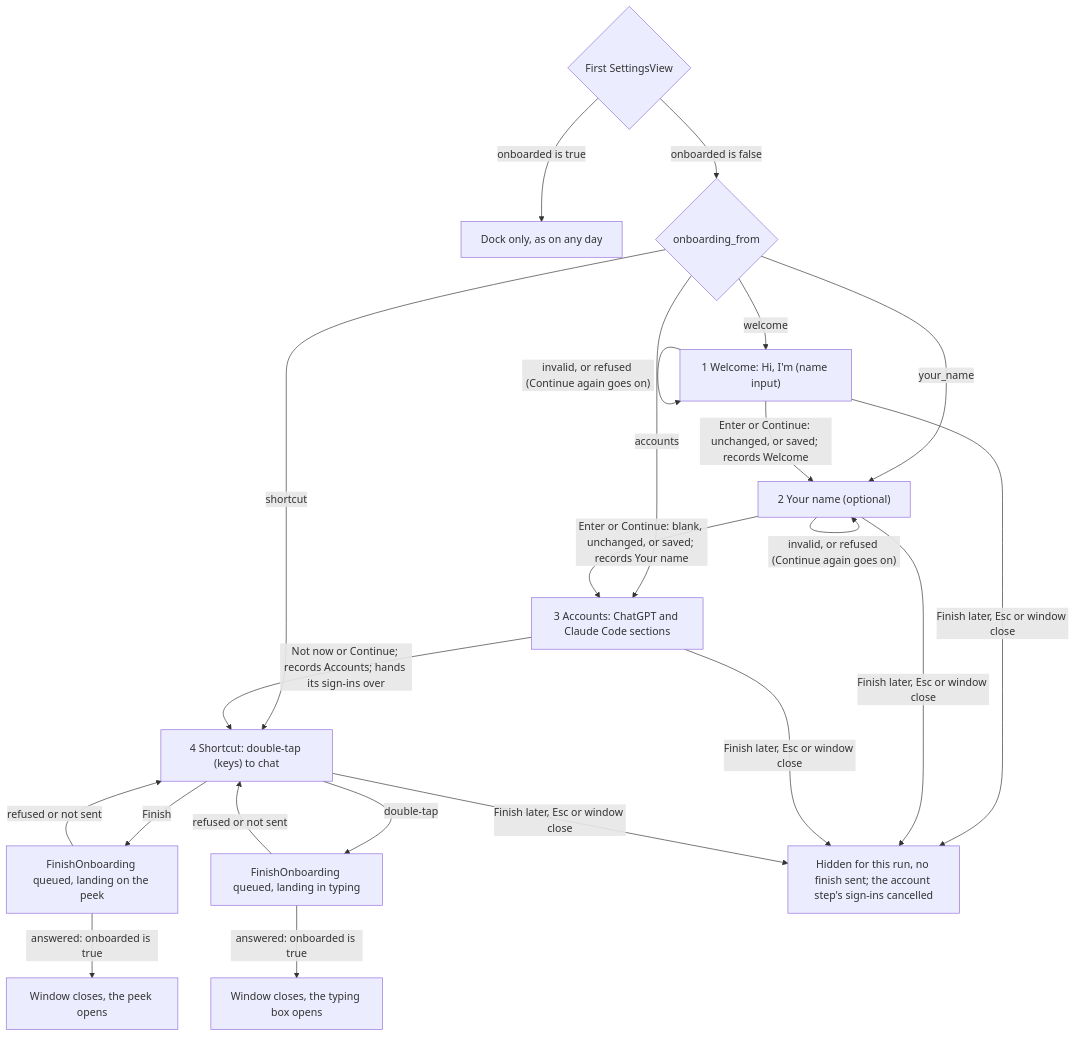
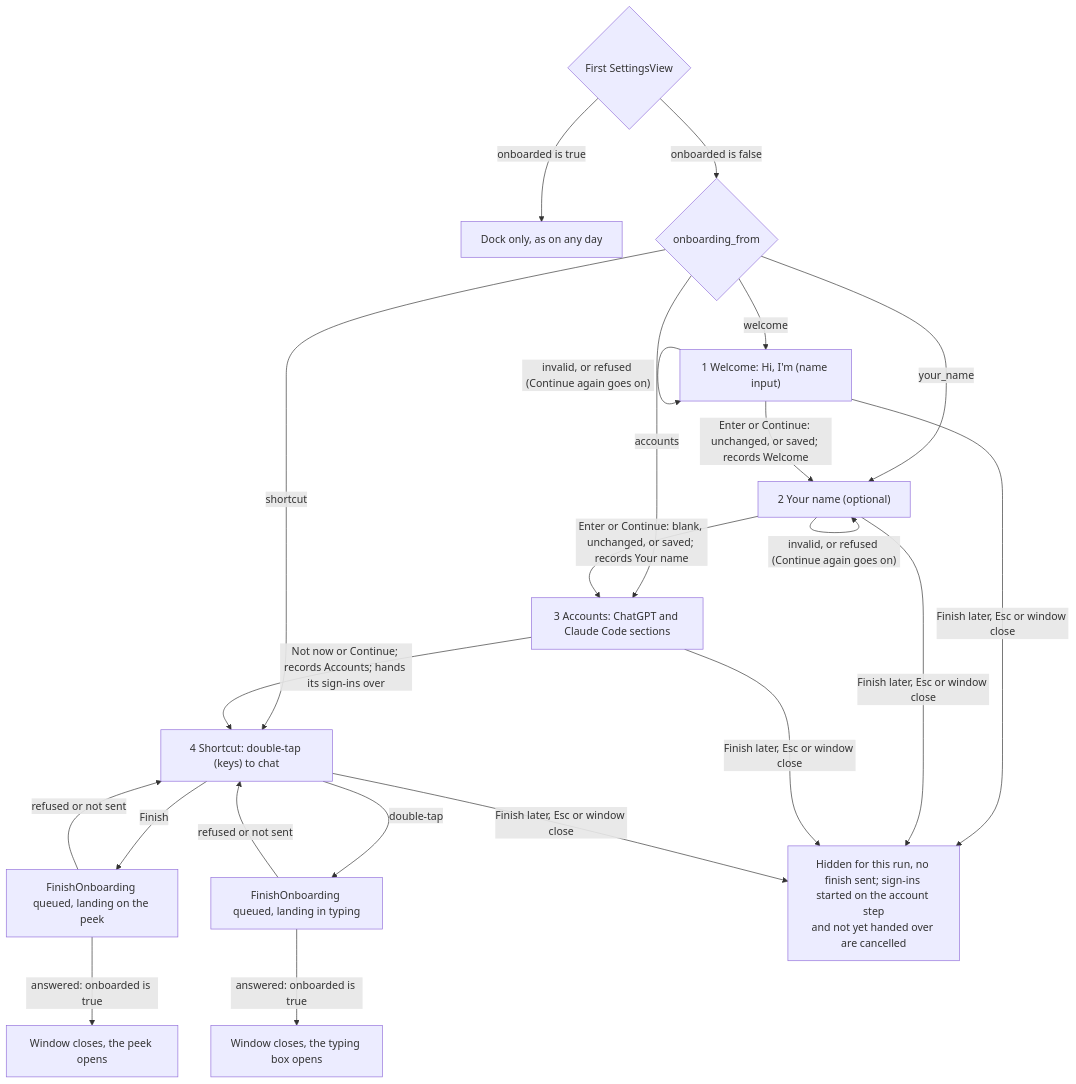
Before and after one commit to labcoder/capsula: the diagram in docs/development/onboarding.md, drawn with Mermaid. The commit also changed other lines of this file and 2 other files, not shown here.

Commit message:
docs(onboarding): fix the shortcut step's comments and flowchart

````diff
--- a/docs/development/onboarding.md
+++ b/docs/development/onboarding.md
@@ -34,20 +34,22 @@
 ```mermaid
 flowchart TD
     S{"First SettingsView"} -- "onboarded is true" --> D["Dock only, as on any day"]
     S -- "onboarded is false" --> R{"onboarding_from"}
     R -- "welcome" --> W["1 Welcome: Hi, I'm (name input)"]
     R -- "your_name" --> U["2 Your name (optional)"]
     R -- "accounts" --> A["3 Accounts: ChatGPT and Claude Code sections"]
     R -- "shortcut" --> K["4 Shortcut: double-tap (keys) to chat"]
     W -- "Enter or Continue: unchanged, or saved; records Welcome" --> U
     W -- "invalid, or refused (Continue again goes on)" --> W
     U -- "Enter or Continue: blank, unchanged, or saved; records Your name" --> A
     U -- "invalid, or refused (Continue again goes on)" --> U
     A -- "Not now or Continue; records Accounts; hands its sign-ins over" --> K
     K -- "Finish" --> F["FinishOnboarding queued, landing on the peek"]
     K -- "double-tap" --> FT["FinishOnboarding queued, landing in typing"]
     F & FT -- "refused or not sent" --> K
     F -- "answered: onboarded is true" --> P["Window closes, the peek opens"]
     FT -- "answered: onboarded is true" --> T["Window closes, the typing box opens"]
-    W & U & A & K -- "Finish later, Esc or window close" --> X["Hidden for this run, no finish sent; the account step's sign-ins cancelled"]
+    X["`Hidden for this run, no finish sent; sign-ins started on the account step
+    and not yet handed over are cancelled`"]
+    W & U & A & K -- "Finish later, Esc or window close" --> X
 ```
````
